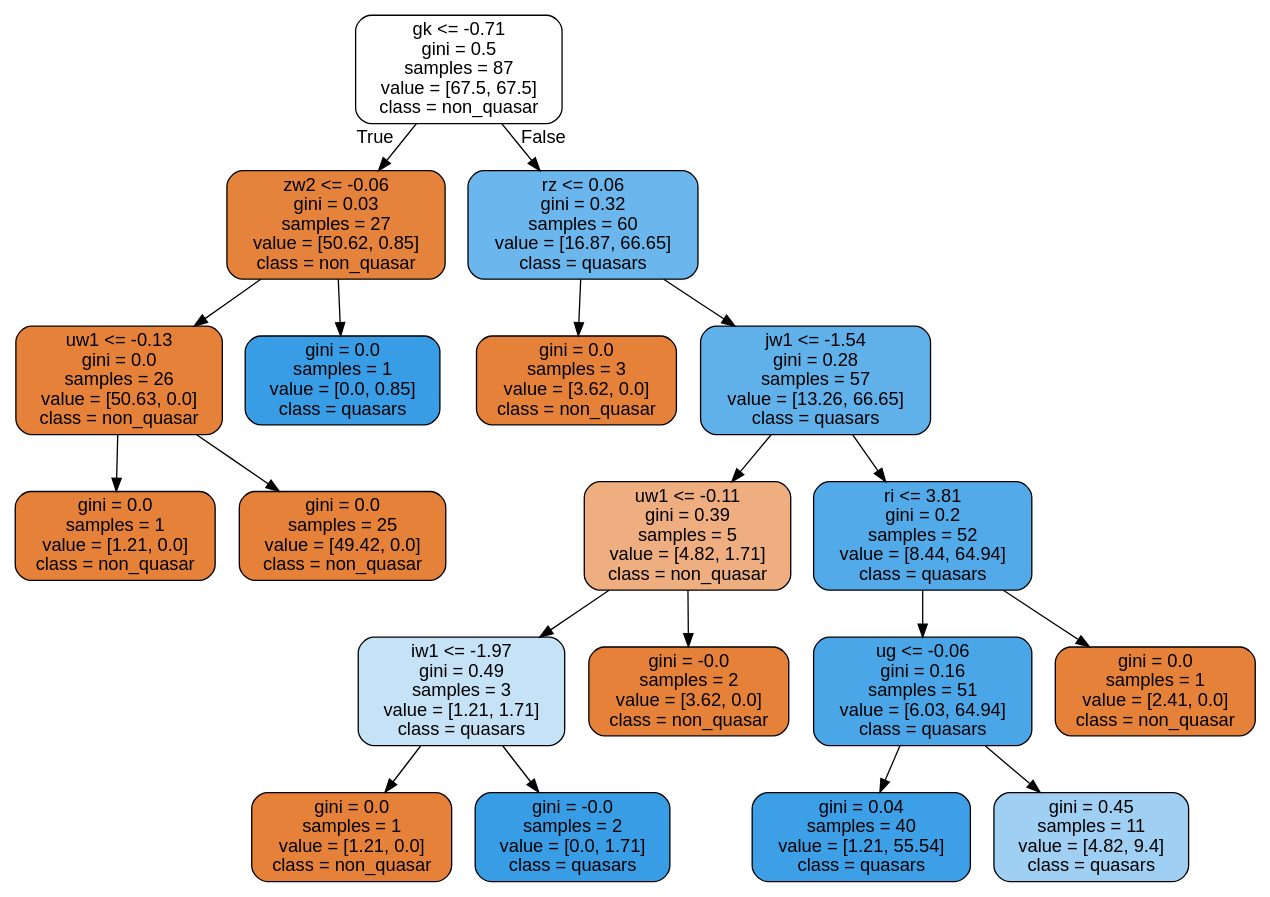
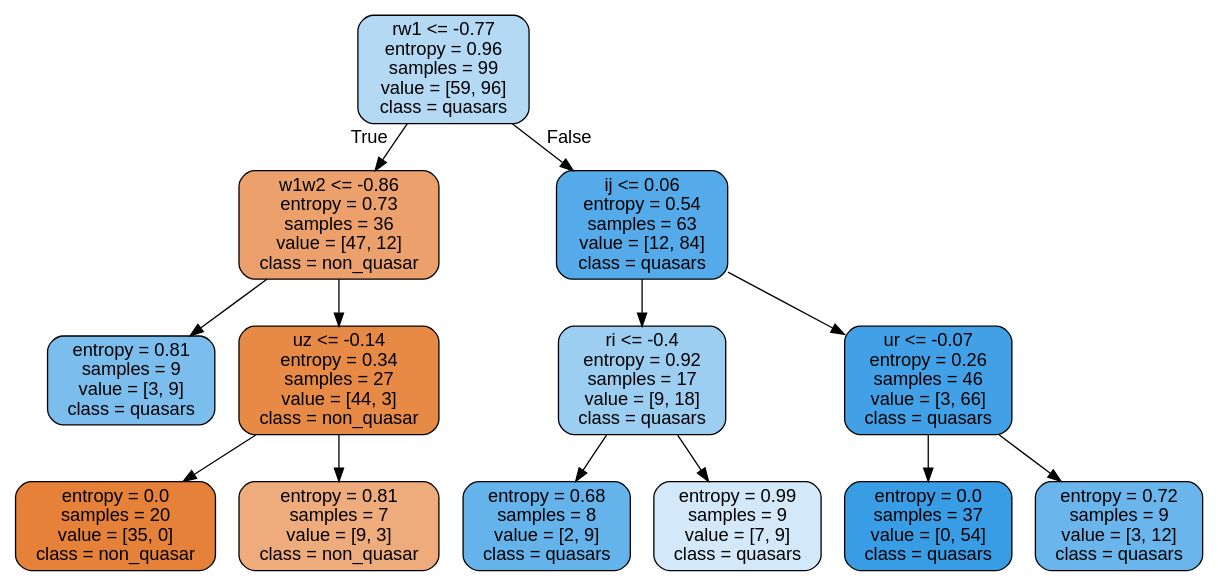
The diagram in ML_notebooks/tree.dot (qmao520/phys704), drawn with Graphviz before and after one commit. The commit also changed 14 other files, not shown here.

```diff
--- a/ML_notebooks/tree.dot
+++ b/ML_notebooks/tree.dot
@@ -1,41 +1,29 @@
 digraph Tree {
 node [shape=box, style="filled, rounded", color="black", fontname=helvetica] ;
 edge [fontname=helvetica] ;
-0 [label="gk <= -0.71\ngini = 0.5\nsamples = 87\nvalue = [67.5, 67.5]\nclass = non_quasar", fillcolor="#ffffff"] ;
-1 [label="zw2 <= -0.06\ngini = 0.03\nsamples = 27\nvalue = [50.62, 0.85]\nclass = non_quasar", fillcolor="#e5833c"] ;
+0 [label="rw1 <= -0.77\nentropy = 0.96\nsamples = 99\nvalue = [59, 96]\nclass = quasars", fillcolor="#b3d9f5"] ;
+1 [label="w1w2 <= -0.86\nentropy = 0.73\nsamples = 36\nvalue = [47, 12]\nclass = non_quasar", fillcolor="#eca16c"] ;
 0 -> 1 [labeldistance=2.5, labelangle=45, headlabel="True"] ;
-2 [label="uw1 <= -0.13\ngini = 0.0\nsamples = 26\nvalue = [50.63, 0.0]\nclass = non_quasar", fillcolor="#e58139"] ;
+2 [label="entropy = 0.81\nsamples = 9\nvalue = [3, 9]\nclass = quasars", fillcolor="#7bbeee"] ;
 1 -> 2 ;
-3 [label="gini = 0.0\nsamples = 1\nvalue = [1.21, 0.0]\nclass = non_quasar", fillcolor="#e58139"] ;
-2 -> 3 ;
-4 [label="gini = 0.0\nsamples = 25\nvalue = [49.42, 0.0]\nclass = non_quasar", fillcolor="#e58139"] ;
-2 -> 4 ;
-5 [label="gini = 0.0\nsamples = 1\nvalue = [0.0, 0.85]\nclass = quasars", fillcolor="#399de5"] ;
-1 -> 5 ;
-6 [label="rz <= 0.06\ngini = 0.32\nsamples = 60\nvalue = [16.87, 66.65]\nclass = quasars", fillcolor="#6bb6ec"] ;
+3 [label="uz <= -0.14\nentropy = 0.34\nsamples = 27\nvalue = [44, 3]\nclass = non_quasar", fillcolor="#e78a46"] ;
+1 -> 3 ;
+4 [label="entropy = 0.0\nsamples = 20\nvalue = [35, 0]\nclass = non_quasar", fillcolor="#e58139"] ;
+3 -> 4 ;
+5 [label="entropy = 0.81\nsamples = 7\nvalue = [9, 3]\nclass = non_quasar", fillcolor="#eeab7b"] ;
+3 -> 5 ;
+6 [label="ij <= 0.06\nentropy = 0.54\nsamples = 63\nvalue = [12, 84]\nclass = quasars", fillcolor="#55abe9"] ;
 0 -> 6 [labeldistance=2.5, labelangle=-45, headlabel="False"] ;
-7 [label="gini = 0.0\nsamples = 3\nvalue = [3.62, 0.0]\nclass = non_quasar", fillcolor="#e58139"] ;
+7 [label="ri <= -0.4\nentropy = 0.92\nsamples = 17\nvalue = [9, 18]\nclass = quasars", fillcolor="#9ccef2"] ;
 6 -> 7 ;
-8 [label="jw1 <= -1.54\ngini = 0.28\nsamples = 57\nvalue = [13.26, 66.65]\nclass = quasars", fillcolor="#60b0ea"] ;
-6 -> 8 ;
-9 [label="uw1 <= -0.11\ngini = 0.39\nsamples = 5\nvalue = [4.82, 1.71]\nclass = non_quasar", fillcolor="#eeae7f"] ;
-8 -> 9 ;
-10 [label="iw1 <= -1.97\ngini = 0.49\nsamples = 3\nvalue = [1.21, 1.71]\nclass = quasars", fillcolor="#c5e2f7"] ;
-9 -> 10 ;
-11 [label="gini = 0.0\nsamples = 1\nvalue = [1.21, 0.0]\nclass = non_quasar", fillcolor="#e58139"] ;
+8 [label="entropy = 0.68\nsamples = 8\nvalue = [2, 9]\nclass = quasars", fillcolor="#65b3eb"] ;
+7 -> 8 ;
+9 [label="entropy = 0.99\nsamples = 9\nvalue = [7, 9]\nclass = quasars", fillcolor="#d3e9f9"] ;
+7 -> 9 ;
+10 [label="ur <= -0.07\nentropy = 0.26\nsamples = 46\nvalue = [3, 66]\nclass = quasars", fillcolor="#42a1e6"] ;
+6 -> 10 ;
+11 [label="entropy = 0.0\nsamples = 37\nvalue = [0, 54]\nclass = quasars", fillcolor="#399de5"] ;
 10 -> 11 ;
-12 [label="gini = -0.0\nsamples = 2\nvalue = [0.0, 1.71]\nclass = quasars", fillcolor="#399de5"] ;
+12 [label="entropy = 0.72\nsamples = 9\nvalue = [3, 12]\nclass = quasars", fillcolor="#6ab6ec"] ;
 10 -> 12 ;
-13 [label="gini = -0.0\nsamples = 2\nvalue = [3.62, 0.0]\nclass = non_quasar", fillcolor="#e58139"] ;
-9 -> 13 ;
-14 [label="ri <= 3.81\ngini = 0.2\nsamples = 52\nvalue = [8.44, 64.94]\nclass = quasars", fillcolor="#53aae8"] ;
-8 -> 14 ;
-15 [label="ug <= -0.06\ngini = 0.16\nsamples = 51\nvalue = [6.03, 64.94]\nclass = quasars", fillcolor="#4ba6e7"] ;
-14 -> 15 ;
-16 [label="gini = 0.04\nsamples = 40\nvalue = [1.21, 55.54]\nclass = quasars", fillcolor="#3d9fe6"] ;
-15 -> 16 ;
-17 [label="gini = 0.45\nsamples = 11\nvalue = [4.82, 9.4]\nclass = quasars", fillcolor="#9fcff2"] ;
-15 -> 17 ;
-18 [label="gini = 0.0\nsamples = 1\nvalue = [2.41, 0.0]\nclass = non_quasar", fillcolor="#e58139"] ;
-14 -> 18 ;
 }
```
